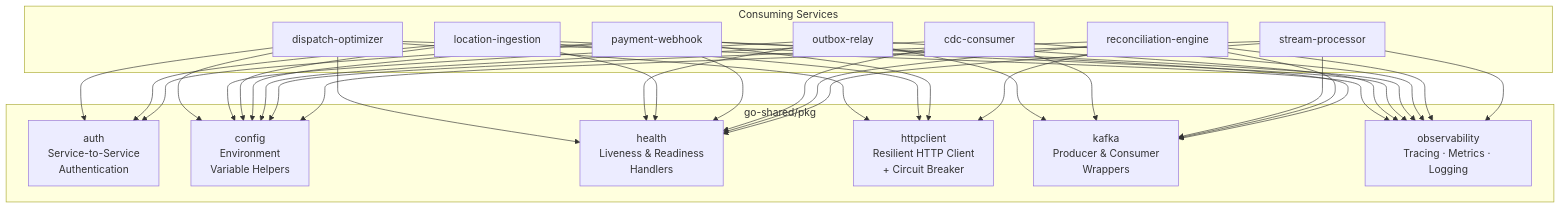
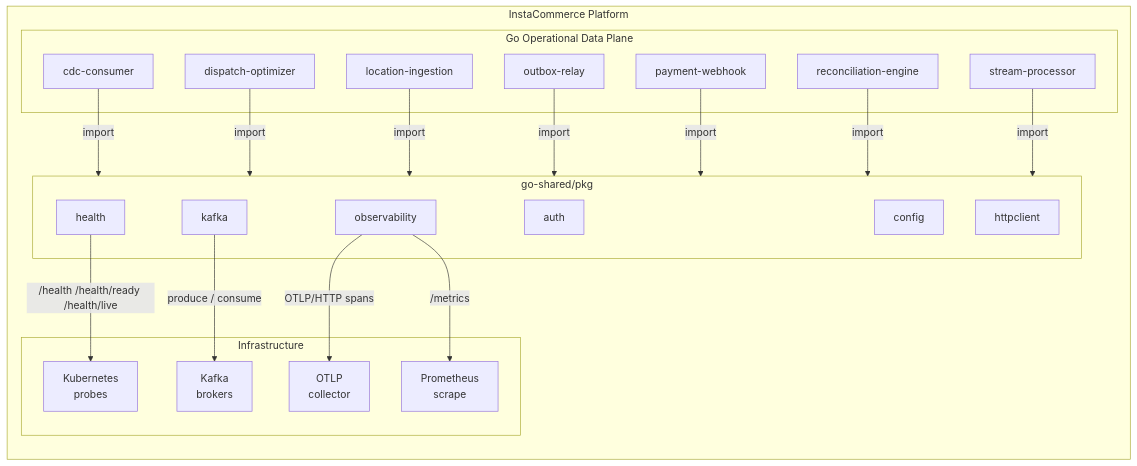
The first of 4 diagrams in services/go-shared/README.md (sunitakeazycommerz-a11y/InstaCommerce), drawn with Mermaid before and after one commit. The commit also changed other lines of this file and 554 other files, not shown here.

````diff
--- a/services/go-shared/README.md
+++ b/services/go-shared/README.md
@@ -9,28 +79,37 @@
 ```mermaid
-graph TD
-    subgraph go-shared/pkg
-        AUTH[auth<br/>Service-to-Service<br/>Authentication]
-        CFG[config<br/>Environment<br/>Variable Helpers]
-        HL[health<br/>Liveness & Readiness<br/>Handlers]
-        HC[httpclient<br/>Resilient HTTP Client<br/>+ Circuit Breaker]
-        KF[kafka<br/>Producer & Consumer<br/>Wrappers]
-        OBS[observability<br/>Tracing · Metrics · Logging]
+flowchart TB
+    subgraph Platform["InstaCommerce Platform"]
+        direction TB
+        subgraph GoServices["Go Operational Data Plane"]
+            CDC["cdc-consumer"]
+            DOS["dispatch-optimizer"]
+            LIS["location-ingestion"]
+            ORS["outbox-relay"]
+            PWS["payment-webhook"]
+            REC["reconciliation-engine"]
+            SPS["stream-processor"]
+        end
+
+        subgraph SharedLib["go-shared/pkg"]
+            AUTH["auth"]
+            CFG["config"]
+            HL["health"]
+            HC["httpclient"]
+            KF["kafka"]
+            OBS["observability"]
+        end
+
+        subgraph External["Infrastructure"]
+            K8S["Kubernetes<br/>probes"]
+            KAFKA["Kafka<br/>brokers"]
+            OTEL["OTLP<br/>collector"]
+            PROM["Prometheus<br/>scrape"]
+        end
     end
 
-    subgraph Consuming Services
-        DOS[dispatch-optimizer]
-        ORS[outbox-relay]
-        LIS[location-ingestion]
-        PWS[payment-webhook]
-        CDC[cdc-consumer]
-        REC[reconciliation-engine]
-        SPS[stream-processor]
-    end
-
-    DOS & ORS & LIS & PWS & CDC & REC & SPS --> CFG
-    DOS & ORS & LIS & PWS & CDC & REC & SPS --> HL
-    DOS & ORS & LIS & PWS & CDC & REC & SPS --> OBS
-    DOS & LIS & PWS --> AUTH
-    DOS & LIS & PWS & REC --> HC
-    ORS & CDC & SPS & REC & PWS --> KF
+    CDC & DOS & LIS & ORS & PWS & REC & SPS -- import --> SharedLib
+    HL -- "/health /health/ready /health/live" --> K8S
+    KF -- "produce / consume" --> KAFKA
+    OBS -- "OTLP/HTTP spans" --> OTEL
+    OBS -- "/metrics" --> PROM
 ```
````
